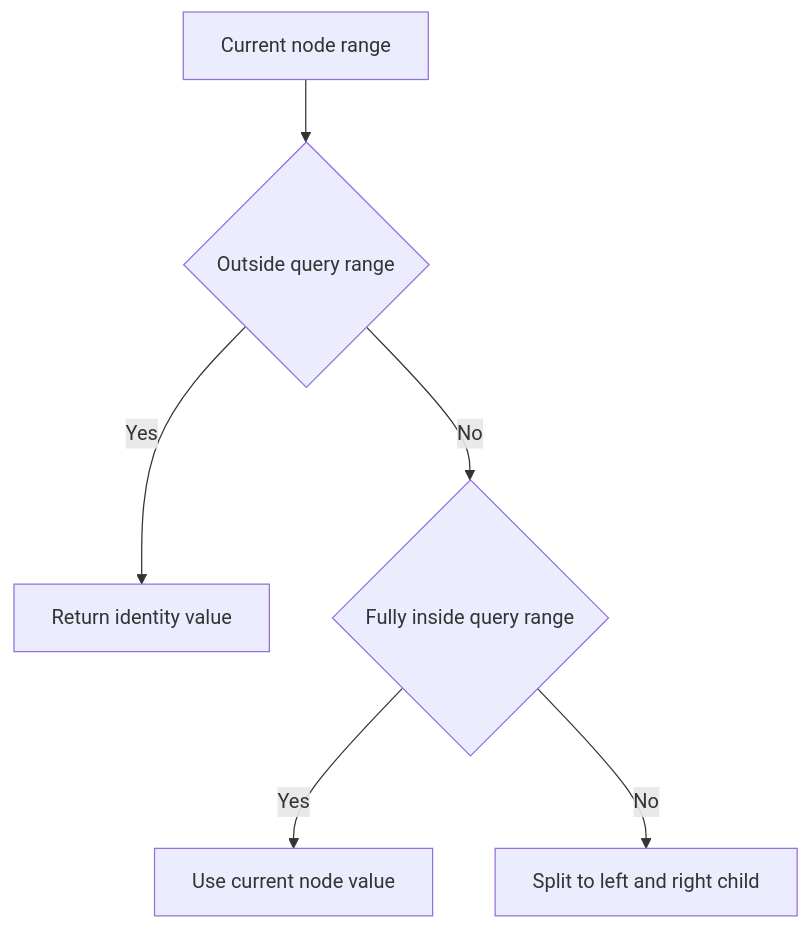
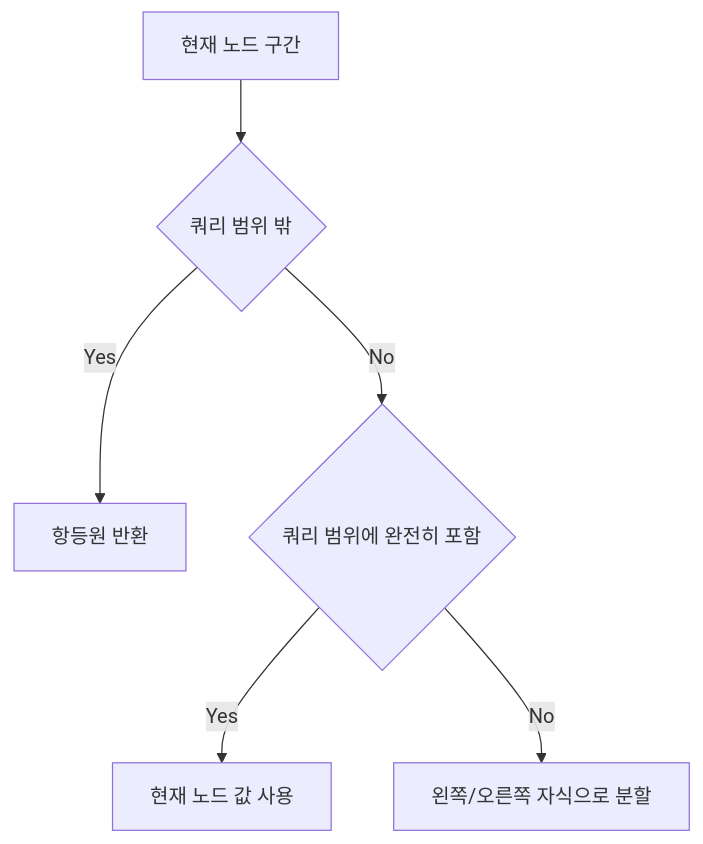
One commit to mandoobox/mandoobox.github.io changed the second of 3 diagrams in _posts/algorithm/2026-03-07-segment-tree.md. Above: the diagram before and after it, drawn with Mermaid. The commit also changed other lines of this file and 24 other files, not shown here.

Commit message:
feat: mermaid kr

````diff
--- a/_posts/algorithm/2026-03-07-segment-tree.md
+++ b/_posts/algorithm/2026-03-07-segment-tree.md
@@ -169,8 +169,8 @@
 ```mermaid
 flowchart TD
-    A["Current node range"] --> B{"Outside query range"}
-    B -->|Yes| C["Return identity value"]
-    B -->|No| D{"Fully inside query range"}
-    D -->|Yes| E["Use current node value"]
-    D -->|No| F["Split to left and right child"]
+    A["현재 노드 구간"] --> B{"쿼리 범위 밖"}
+    B -->|Yes| C["항등원 반환"]
+    B -->|No| D{"쿼리 범위에 완전히 포함"}
+    D -->|Yes| E["현재 노드 값 사용"]
+    D -->|No| F["왼쪽/오른쪽 자식으로 분할"]
 ```
````
